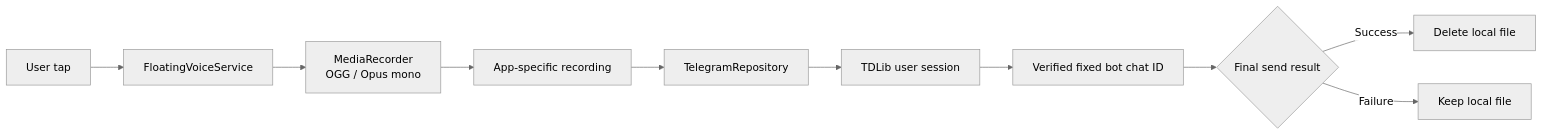
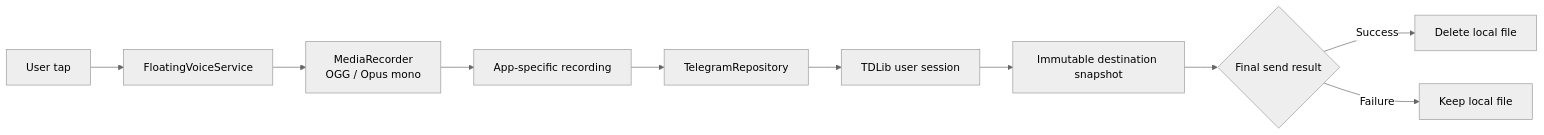
Before and after one commit to namseokyoo/floating-voice-android: the diagram in README.en.md, drawn with Mermaid (neutral theme). The commit also changed other lines of this file and 11 other files, not shown here.

````diff
--- a/README.en.md
+++ b/README.en.md
@@ -173,12 +174,12 @@
 ```mermaid
 flowchart LR
     U[User tap] --> O[FloatingVoiceService]
     O --> R[MediaRecorder\nOGG / Opus mono]
     R --> F[App-specific recording]
     F --> T[TelegramRepository]
     T --> D[TDLib user session]
-    D --> C[Verified fixed bot chat ID]
+    D --> C[Immutable destination snapshot]
     C --> S{Final send result}
     S -->|Success| X[Delete local file]
     S -->|Failure| K[Keep local file]
 ```
````
